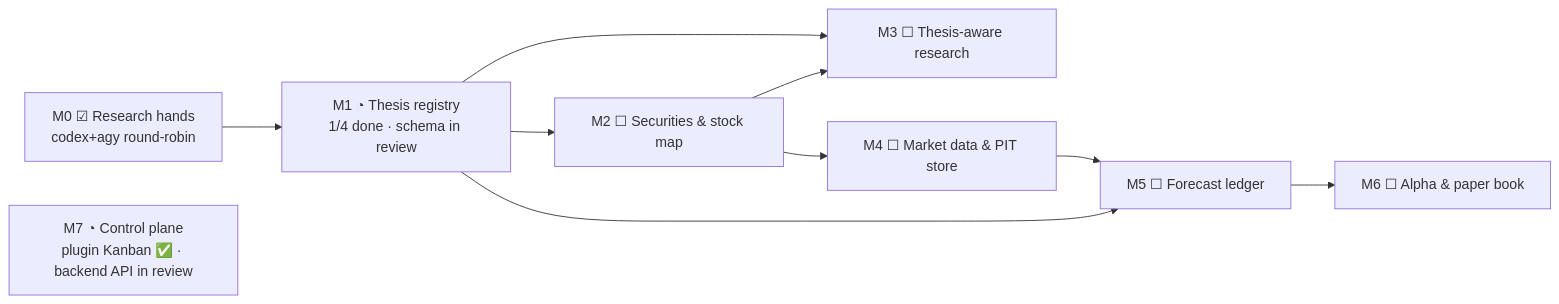
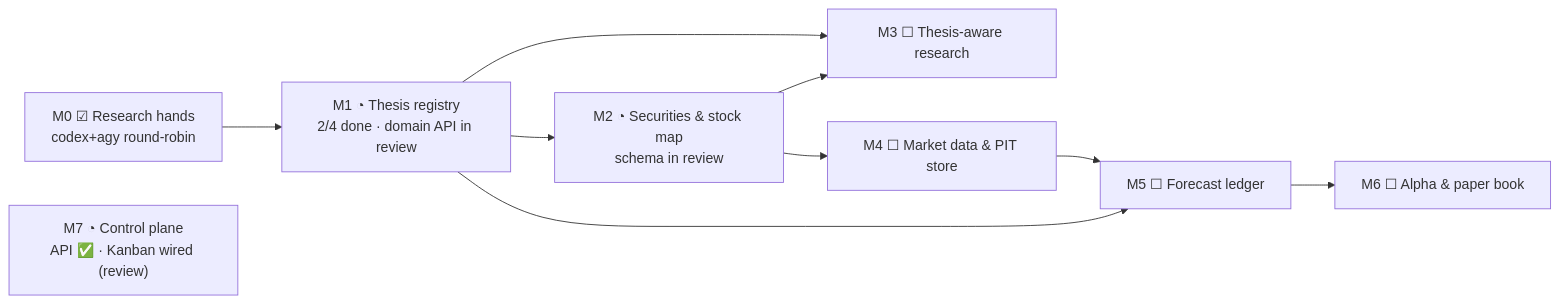
The first of 2 diagrams in README.md (dmquant/institute-one), drawn with Mermaid before and after one commit. The commit also changed other lines of this file and 14 other files, not shown here.

First line of the commit message:
Add thesis API, security master schema, wire plugin Kanban (wave 2)

````diff
--- a/README.md
+++ b/README.md
@@ -158,15 +158,15 @@
 ```mermaid
 flowchart LR
     M0["M0 ☑ Research hands<br/>codex+agy round-robin"]
-    M1["M1 ◔ Thesis registry<br/>1/4 done · schema in review"]
-    M2["M2 ☐ Securities & stock map"]
+    M1["M1 ◔ Thesis registry<br/>2/4 done · domain API in review"]
+    M2["M2 ◔ Securities & stock map<br/>schema in review"]
     M3["M3 ☐ Thesis-aware research"]
     M4["M4 ☐ Market data & PIT store"]
     M5["M5 ☐ Forecast ledger"]
     M6["M6 ☐ Alpha & paper book"]
-    M7["M7 ◔ Control plane<br/>plugin Kanban ✅ · backend API in review"]
+    M7["M7 ◔ Control plane<br/>API ✅ · Kanban wired (review)"]
     M0 --> M1 --> M2
     M1 & M2 --> M3
     M2 --> M4 --> M5 --> M6
     M1 --> M5
 ```
````
